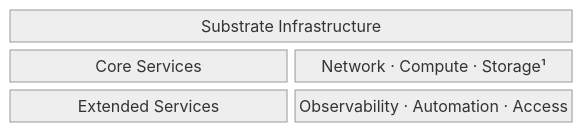
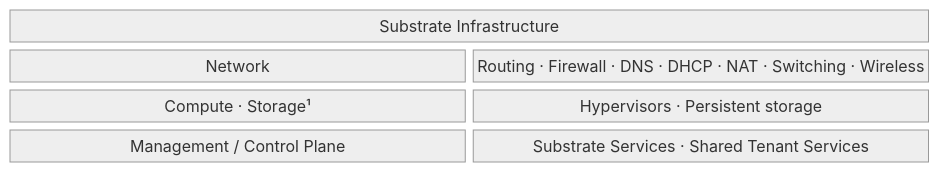
Before and after one commit to deevnet/deevnet-docs: the diagram in content/docs/architecture/substrate/_index.md, drawn with Mermaid (neutral theme). The commit also changed other lines of this file and 13 other files, not shown here.

First line of the commit message:
Management / Control Plane: substrate services and shared tenant services

```diff
--- a/content/docs/architecture/substrate/_index.md
+++ b/content/docs/architecture/substrate/_index.md
@@ -17,7 +17,8 @@
 {{< mermaid >}}
 block-beta
     columns 2
     hdr["Substrate Infrastructure"]:2
-    core["Core Services"]:1 cored["Network · Compute · Storage¹"]:1
-    ext["Extended Services"]:1 extd["Observability · Automation · Access"]:1
+    net["Network"]:1 netd["Routing · Firewall · DNS · DHCP · NAT · Switching · Wireless"]:1
+    cmp["Compute · Storage¹"]:1 cmpd["Hypervisors · Persistent storage"]:1
+    mcp["Management / Control Plane"]:1 mcpd["Substrate Services · Shared Tenant Services"]:1
 {{< /mermaid >}}
```
